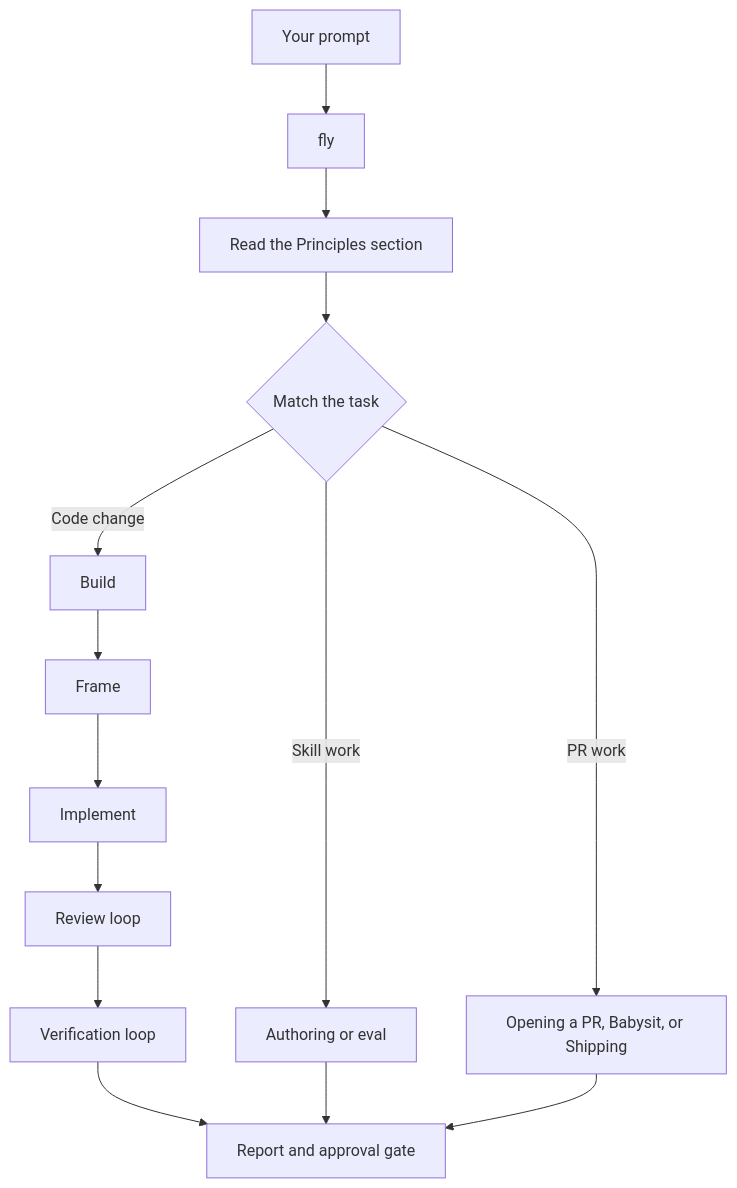
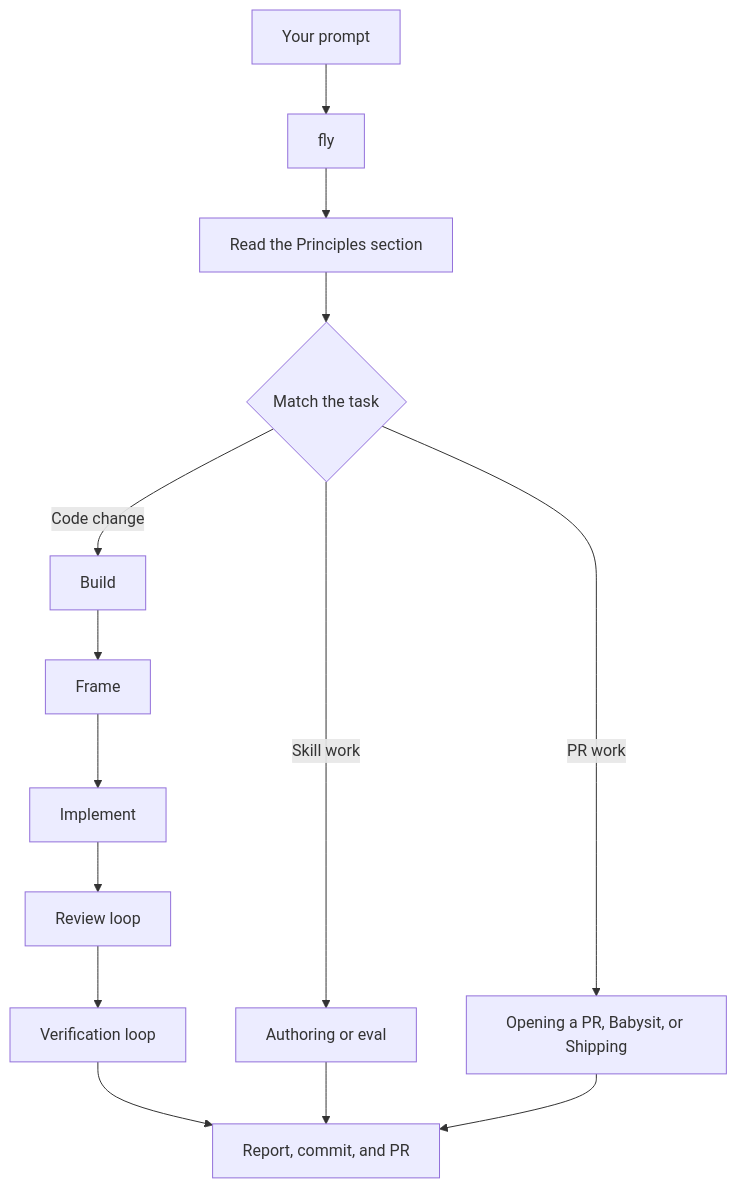
One commit to flybyflo/fly changed the diagram in docs/guide/02-fly.md. Above: the diagram before and after it, drawn with Mermaid. The commit also changed 19 other files, not shown here.

````diff
--- a/docs/guide/02-fly.md
+++ b/docs/guide/02-fly.md
@@ -7,16 +7,16 @@
 ```mermaid
 flowchart TD
     A[Your prompt] --> B[fly]
     B --> C[Read the Principles section]
     C --> D{Match the task}
     D -->|Code change| E[Build]
     E --> F[Frame]
     F --> G[Implement]
     G --> H[Review loop]
     H --> I[Verification loop]
-    I --> J[Report and approval gate]
+    I --> J[Report, commit, and PR]
     D -->|Skill work| K[Authoring or eval]
     D -->|PR work| L[Opening a PR, Babysit, or Shipping]
     K --> J
     L --> J
 ```
````
